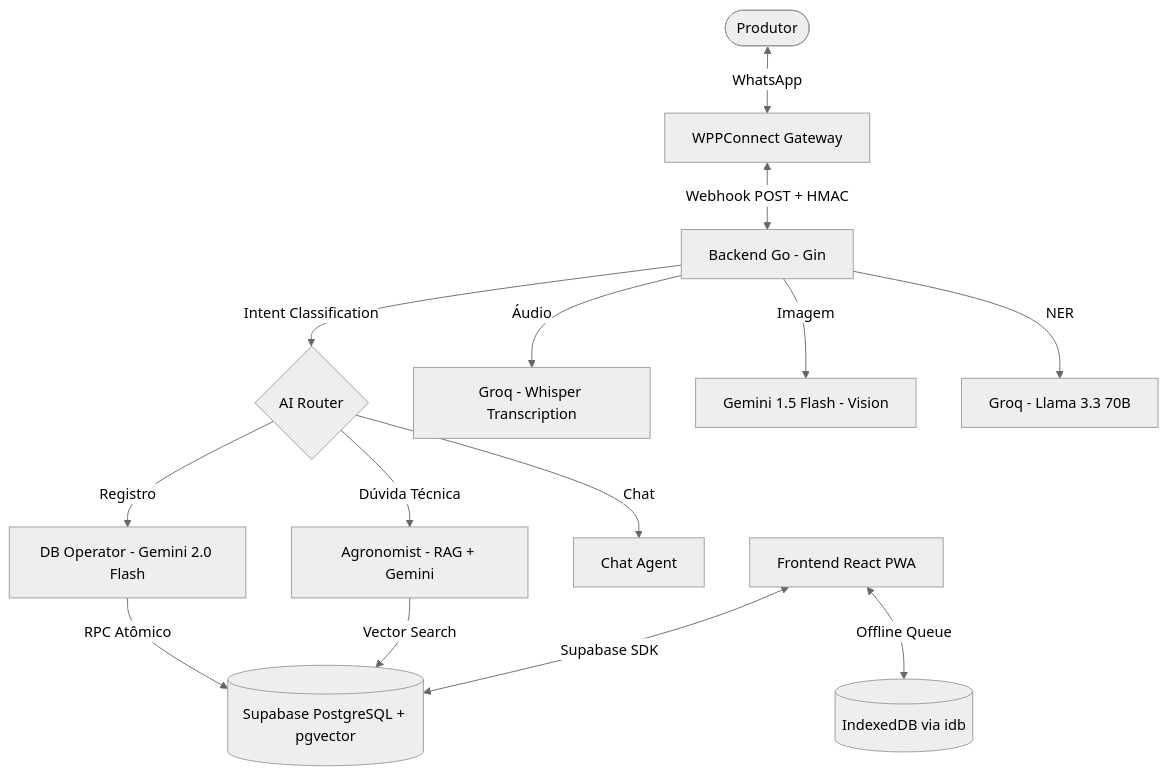
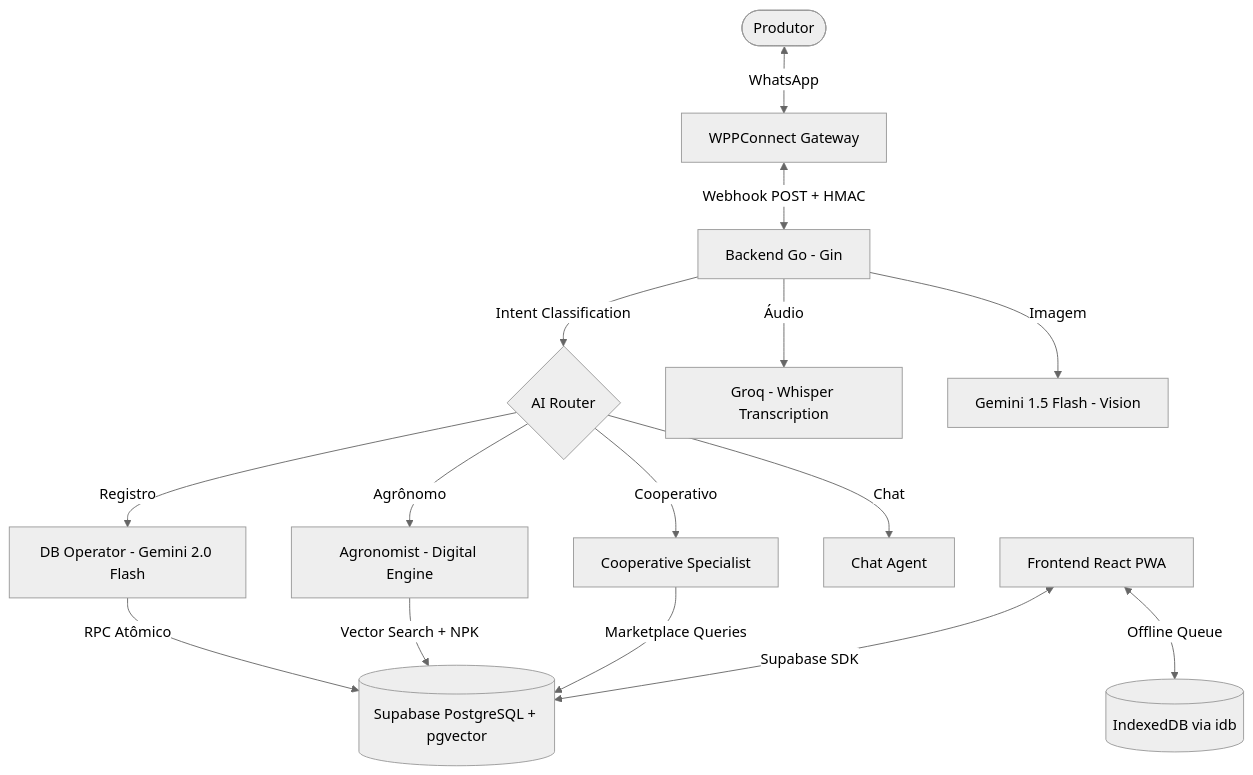
Before and after one commit to thebrunm97/manejo-org: the first of 2 diagrams in README.md, drawn with Mermaid (neutral theme). The commit also changed other lines of this file and 4 other files, not shown here.

````diff
--- a/README.md
+++ b/README.md
@@ -41,16 +41,17 @@
 ```mermaid
 graph TD
     User([Produtor]) <-->|WhatsApp| WPP[WPPConnect Gateway]
     WPP <-->|Webhook POST + HMAC| BE[Backend Go - Gin]
     BE -->|Intent Classification| ROUTER{AI Router}
     ROUTER -->|Registro| DB_OP[DB Operator - Gemini 2.0 Flash]
-    ROUTER -->|Dúvida Técnica| AGRO[Agronomist - RAG + Gemini]
+    ROUTER -->|Agrônomo| AGRO[Agronomist - Digital Engine]
+    ROUTER -->|Cooperativo| COOP[Cooperative Specialist]
     ROUTER -->|Chat| CHAT[Chat Agent]
     DB_OP -->|RPC Atômico| DB[(Supabase PostgreSQL + pgvector)]
-    AGRO -->|Vector Search| DB
+    AGRO -->|Vector Search + NPK| DB
+    COOP -->|Marketplace Queries| DB
     BE -->|Áudio| GROQ[Groq - Whisper Transcription]
     BE -->|Imagem| GEMINI_V[Gemini 1.5 Flash - Vision]
-    BE -->|NER| GROQ_NER[Groq - Llama 3.3 70B]
     FE[Frontend React PWA] <-->|Supabase SDK| DB
     FE <-->|Offline Queue| IDB[(IndexedDB via idb)]
 ```
````
